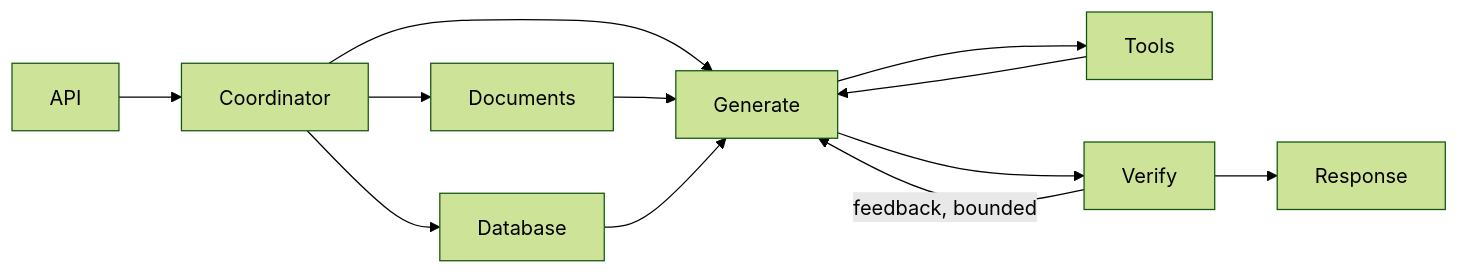
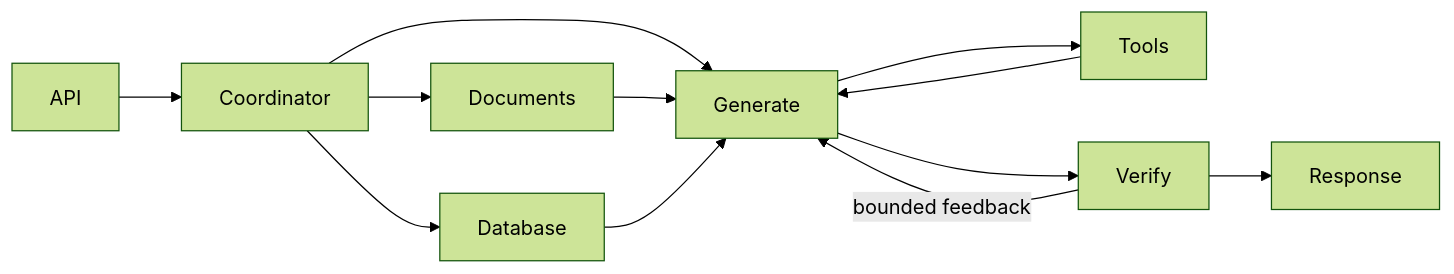
The diagram in README.md (amirakhlaghiqqq/adan-agent), drawn with Mermaid (forest theme) before and after one commit. The commit also changed other lines of this file and 27 other files, not shown here.

````diff
--- a/README.md
+++ b/README.md
@@ -249,14 +134,14 @@
 ```mermaid
 flowchart LR
     API --> Coordinator
     Coordinator --> Documents
     Coordinator --> Database
     Coordinator --> Generate
     Documents --> Generate
     Database --> Generate
     Generate --> Tools
     Tools --> Generate
     Generate --> Verify
-    Verify -->|feedback, bounded| Generate
+    Verify -->|bounded feedback| Generate
     Verify --> Response
 ```
````
